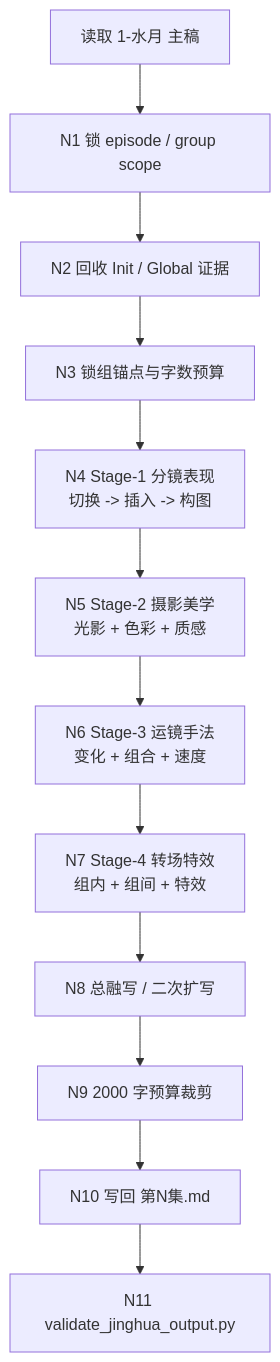
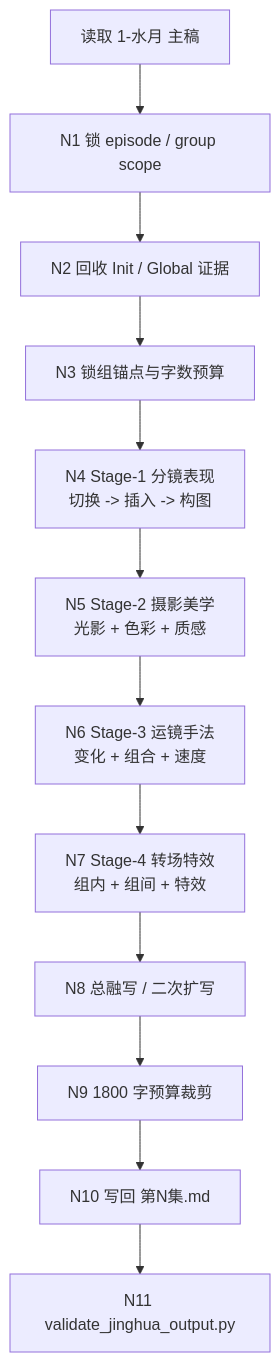
Before and after one commit to ZEN-VOID/AI-CUT: the first of 4 diagrams in .agents/skills/aigc/3-Detail/2-镜花/SKILL.md, drawn with Mermaid. The commit also changed other lines of this file and 162 other files, not shown here.

````diff
--- a/.agents/skills/aigc/3-Detail/2-镜花/SKILL.md
+++ b/.agents/skills/aigc/3-Detail/2-镜花/SKILL.md
@@ -156,14 +155,14 @@
 ```mermaid
 flowchart TD
     A["读取 1-水月 主稿"] --> B["N1 锁 episode / group scope"]
     B --> C["N2 回收 Init / Global 证据"]
     C --> D["N3 锁组锚点与字数预算"]
     D --> E["N4 Stage-1 分镜表现<br/>切换 -> 插入 -> 构图"]
     E --> F["N5 Stage-2 摄影美学<br/>光影 + 色彩 + 质感"]
     F --> G["N6 Stage-3 运镜手法<br/>变化 + 组合 + 速度"]
     G --> H["N7 Stage-4 转场特效<br/>组内 + 组间 + 特效"]
     H --> I["N8 总融写 / 二次扩写"]
-    I --> J["N9 2000 字预算裁剪"]
+    I --> J["N9 1800 字预算裁剪"]
     J --> K["N10 写回 第N集.md"]
     K --> L["N11 validate_jinghua_output.py"]
 ```
````
